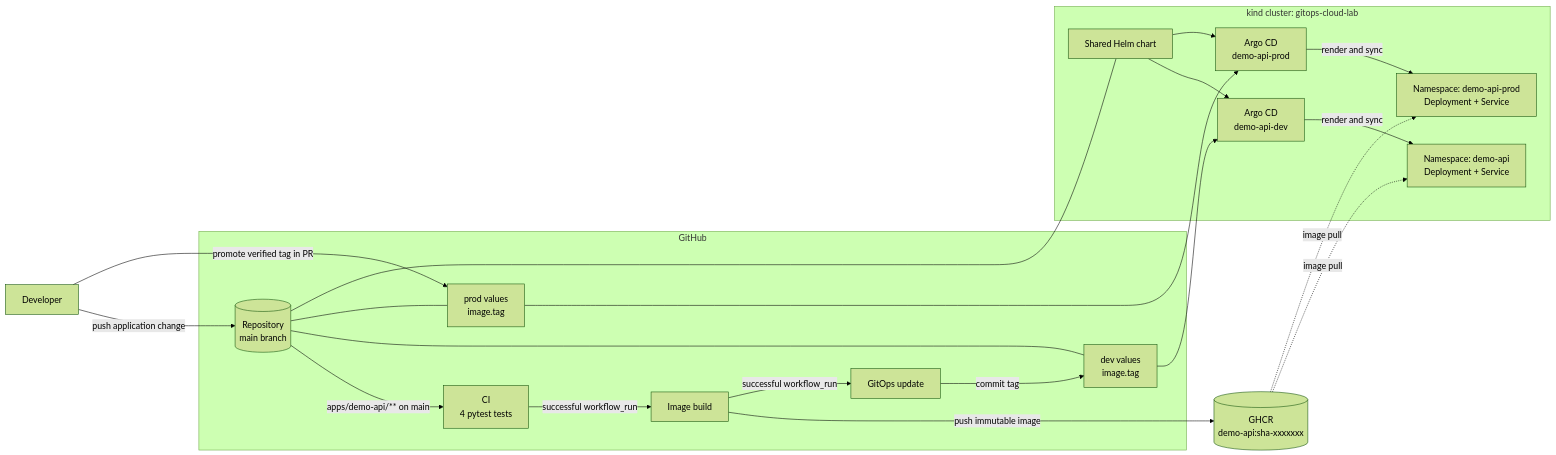
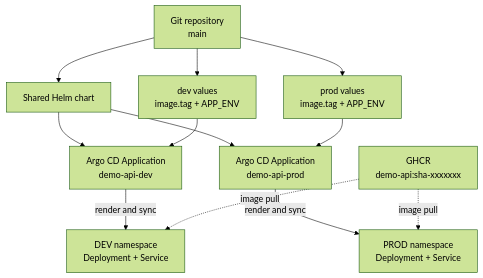
The second of 2 diagrams in docs/ARCHITECTURE.md (lotoos0/gitops-cloud-lab), drawn with Mermaid (forest theme) before and after one commit. The commit also changed other lines of this file, not shown here.

Commit message:
docs: simplify architecture diagrams

````diff
--- a/docs/ARCHITECTURE.md
+++ b/docs/ARCHITECTURE.md
@@ -27,43 +65,24 @@
 ```mermaid
-flowchart LR
-    Developer[Developer]
+flowchart TB
+    Git["Git repository<br/>main"]
+    Chart["Shared Helm chart"]
+    DevValues["dev values<br/>image.tag + APP_ENV"]
+    ProdValues["prod values<br/>image.tag + APP_ENV"]
+    DevApp["Argo CD Application<br/>demo-api-dev"]
+    ProdApp["Argo CD Application<br/>demo-api-prod"]
+    DevNamespace["DEV namespace<br/>Deployment + Service"]
+    ProdNamespace["PROD namespace<br/>Deployment + Service"]
+    Registry["GHCR<br/>demo-api:sha-xxxxxxx"]
 
-    subgraph GitHub[GitHub]
-        Repository[(Repository<br/>main branch)]
-        CI[CI<br/>4 pytest tests]
-        Build[Image build]
-        Update[GitOps update]
-        DevValues[dev values<br/>image.tag]
-        ProdValues[prod values<br/>image.tag]
-    end
-
-    Registry[(GHCR<br/>demo-api:sha-xxxxxxx)]
-
-    subgraph Cluster[kind cluster: gitops-cloud-lab]
-        ArgoDev[Argo CD<br/>demo-api-dev]
-        ArgoProd[Argo CD<br/>demo-api-prod]
-        Helm[Shared Helm chart]
-        DevNamespace[Namespace: demo-api<br/>Deployment + Service]
-        ProdNamespace[Namespace: demo-api-prod<br/>Deployment + Service]
-    end
-
-    Developer -->|push application change| Repository
-    Repository -->|apps/demo-api/** on main| CI
-    CI -->|successful workflow_run| Build
-    Build -->|push immutable image| Registry
-    Build -->|successful workflow_run| Update
-    Update -->|commit tag| DevValues
-    Developer -->|promote verified tag in PR| ProdValues
-
-    Repository --- DevValues
-    Repository --- ProdValues
-    Repository --- Helm
-    DevValues --> ArgoDev
-    ProdValues --> ArgoProd
-    Helm --> ArgoDev
-    Helm --> ArgoProd
-    ArgoDev -->|render and sync| DevNamespace
-    ArgoProd -->|render and sync| ProdNamespace
+    Git --> Chart
+    Git --> DevValues
+    Git --> ProdValues
+    Chart --> DevApp
+    DevValues --> DevApp
+    Chart --> ProdApp
+    ProdValues --> ProdApp
+    DevApp -->|render and sync| DevNamespace
+    ProdApp -->|render and sync| ProdNamespace
     Registry -.->|image pull| DevNamespace
     Registry -.->|image pull| ProdNamespace
 ```
````
